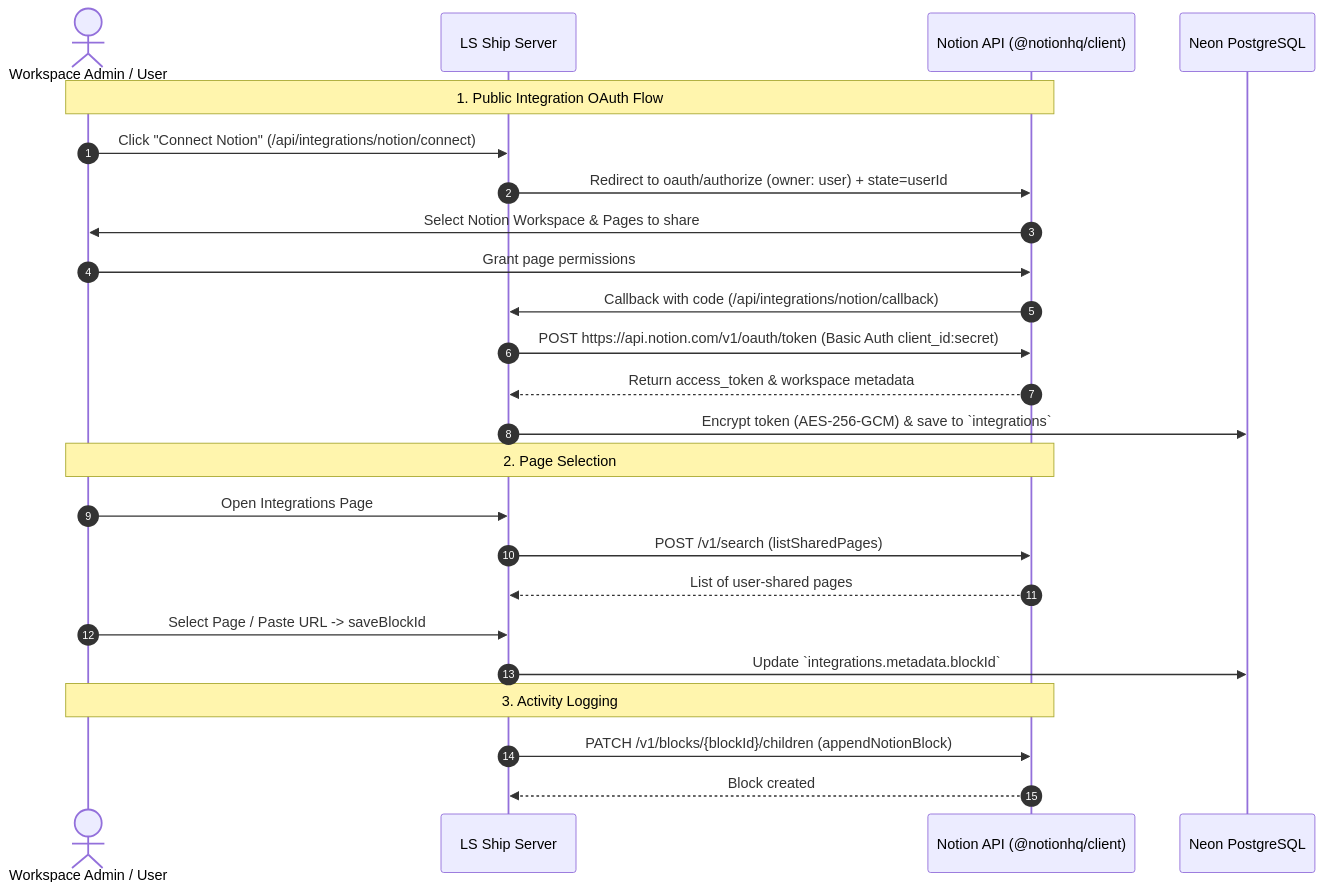
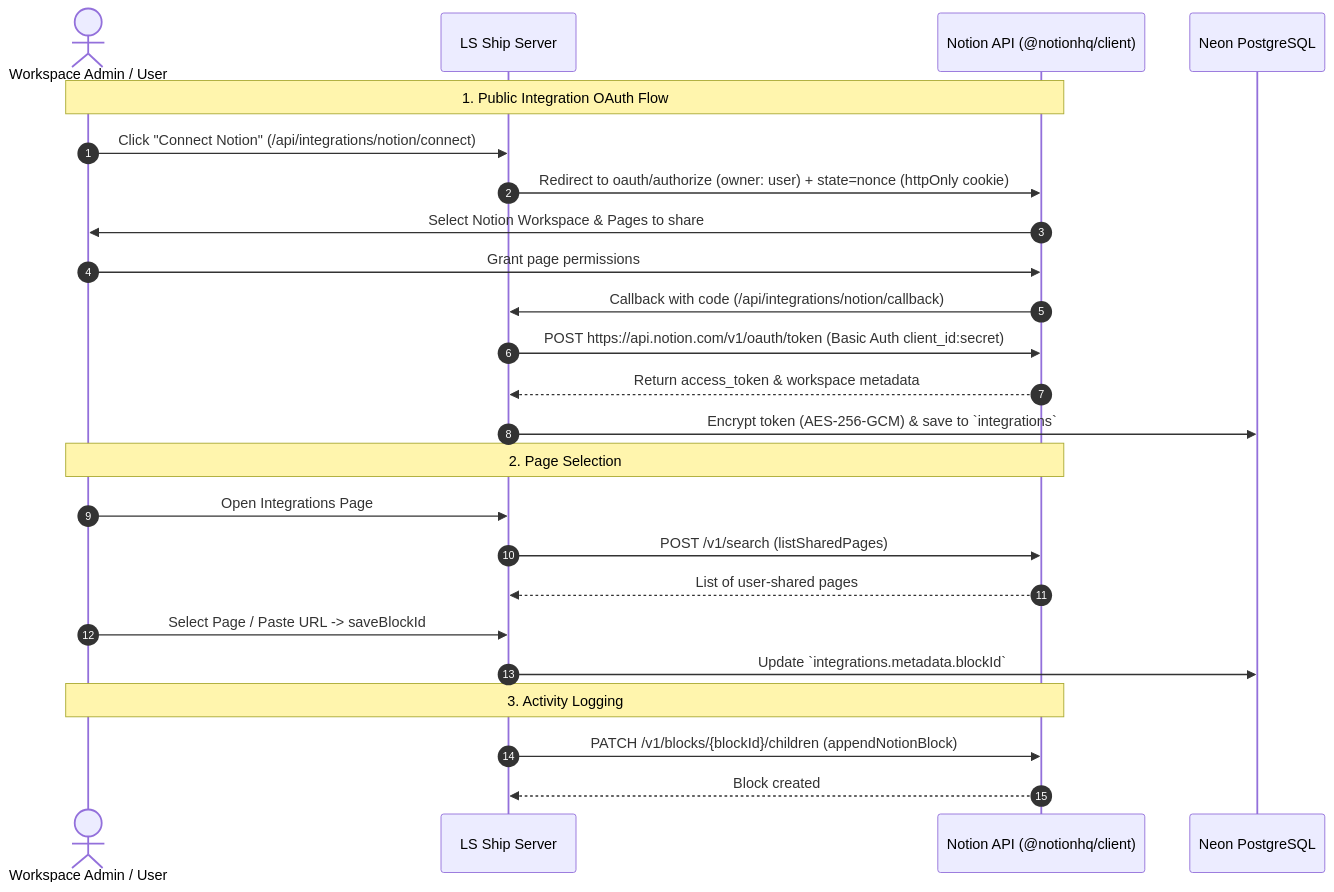
The diagram in ls-ship/docs/integrations/notion.md (girishlade111/LS-Relay), drawn with Mermaid before and after one commit. The commit also changed 45 other files, not shown here.

````diff
--- a/ls-ship/docs/integrations/notion.md
+++ b/ls-ship/docs/integrations/notion.md
@@ -9,29 +9,29 @@
 ```mermaid
 sequenceDiagram
     autonumber
     actor User as Workspace Admin / User
     participant App as LS Ship Server
     participant Notion as Notion API (@notionhq/client)
     participant DB as Neon PostgreSQL
 
     Note over User,Notion: 1. Public Integration OAuth Flow
     User->>App: Click "Connect Notion" (/api/integrations/notion/connect)
-    App->>Notion: Redirect to oauth/authorize (owner: user) + state=userId
+    App->>Notion: Redirect to oauth/authorize (owner: user) + state=nonce (httpOnly cookie)
     Notion->>User: Select Notion Workspace & Pages to share
     User->>Notion: Grant page permissions
     Notion->>App: Callback with code (/api/integrations/notion/callback)
     App->>Notion: POST https://api.notion.com/v1/oauth/token (Basic Auth client_id:secret)
     Notion-->>App: Return access_token & workspace metadata
     App->>DB: Encrypt token (AES-256-GCM) & save to `integrations`
 
     Note over User,Notion: 2. Page Selection
     User->>App: Open Integrations Page
     App->>Notion: POST /v1/search (listSharedPages)
     Notion-->>App: List of user-shared pages
     User->>App: Select Page / Paste URL -> saveBlockId
     App->>DB: Update `integrations.metadata.blockId`
 
     Note over User,Notion: 3. Activity Logging
     App->>Notion: PATCH /v1/blocks/{blockId}/children (appendNotionBlock)
     Notion-->>App: Block created
 ```
````
